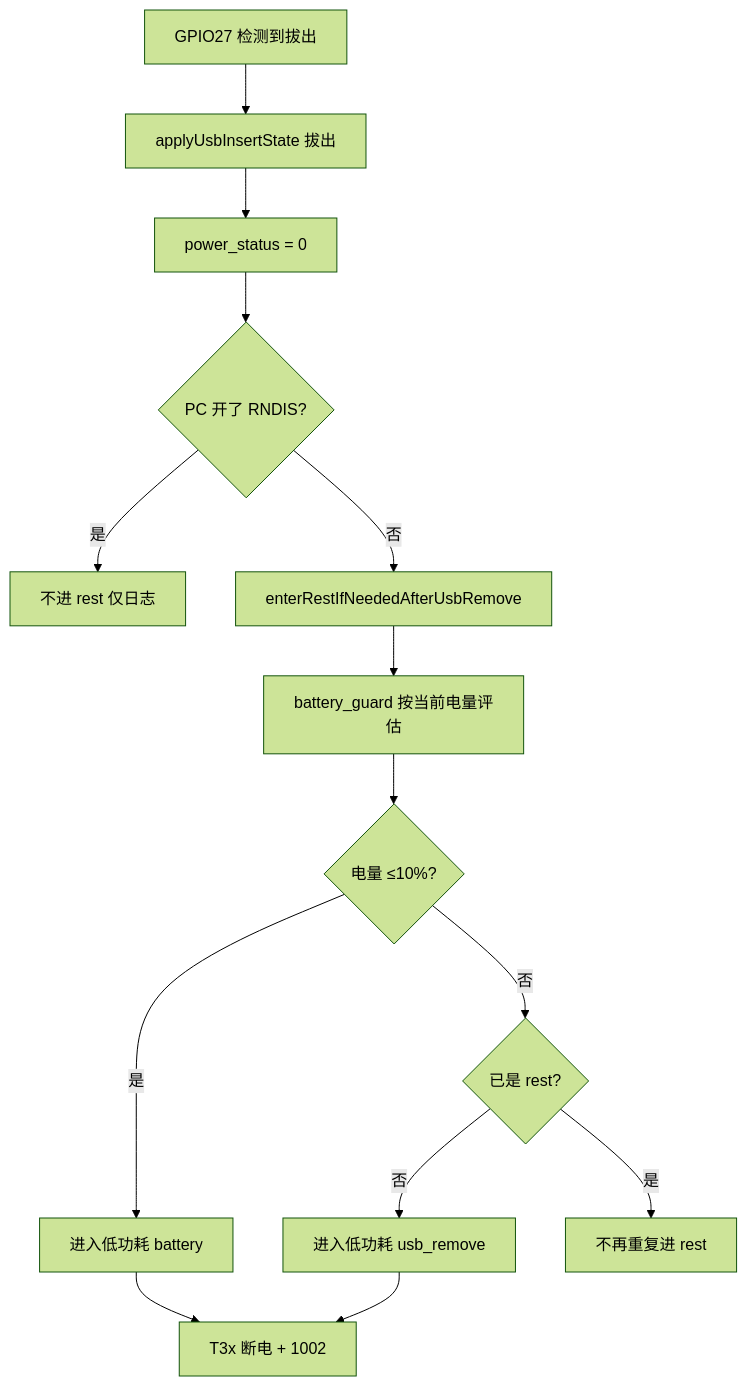
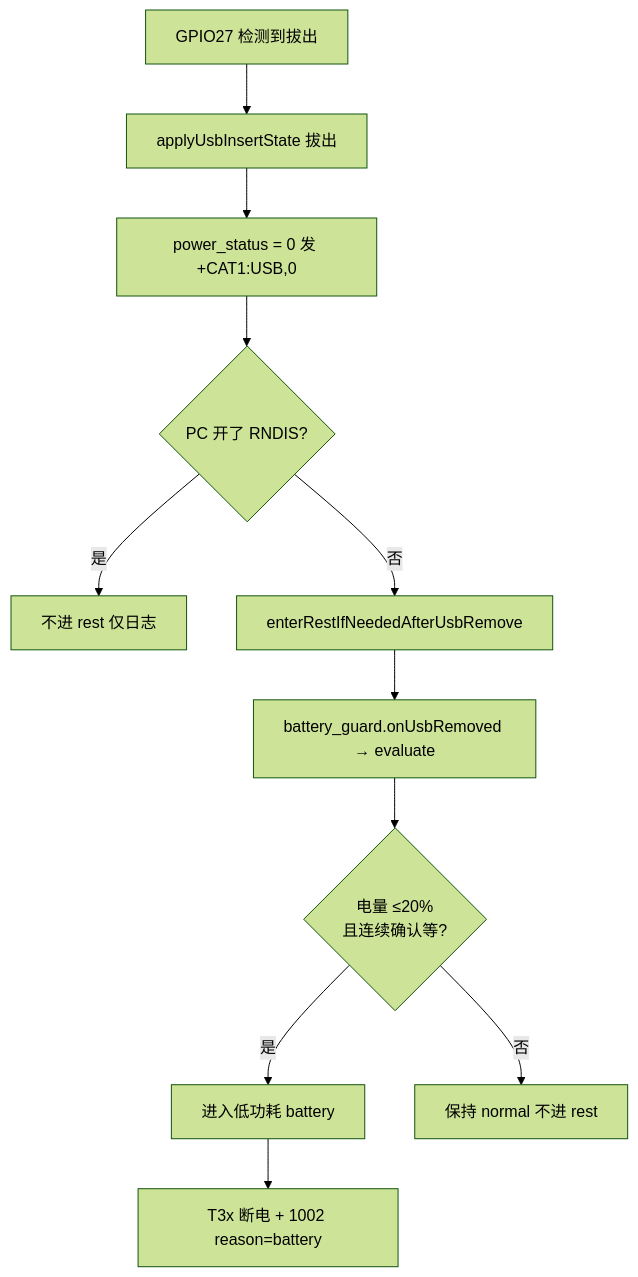
Before and after one commit to dzr1986/AIR780EHM: the third of 5 diagrams in doc/LOW_BATTERY_AND_LOW_POWER.md, drawn with Mermaid (forest theme). The commit also changed other lines of this file and 69 other files, not shown here.

````diff
--- a/doc/LOW_BATTERY_AND_LOW_POWER.md
+++ b/doc/LOW_BATTERY_AND_LOW_POWER.md
@@ -98,16 +101,13 @@
 ```mermaid
 flowchart TD
     A[GPIO27 检测到拔出] --> B[applyUsbInsertState 拔出]
-    B --> C[power_status = 0]
+    B --> C[power_status = 0 发 +CAT1:USB,0]
     C --> D{PC 开了 RNDIS?}
     D -->|是| E[不进 rest 仅日志]
     D -->|否| F[enterRestIfNeededAfterUsbRemove]
-    F --> G[battery_guard 按当前电量评估]
-    G --> H{电量 ≤10%?}
+    F --> G[battery_guard.onUsbRemoved → evaluate]
+    G --> H{电量 ≤20%\n且连续确认等?}
     H -->|是| I[进入低功耗 battery]
-    H -->|否| J{已是 rest?}
-    J -->|否| K[进入低功耗 usb_remove]
-    J -->|是| L[不再重复进 rest]
-    I --> M[T3x 断电 + 1002]
-    K --> M
+    H -->|否| J[保持 normal 不进 rest]
+    I --> K[T3x 断电 + 1002 reason=battery]
 ```
````
